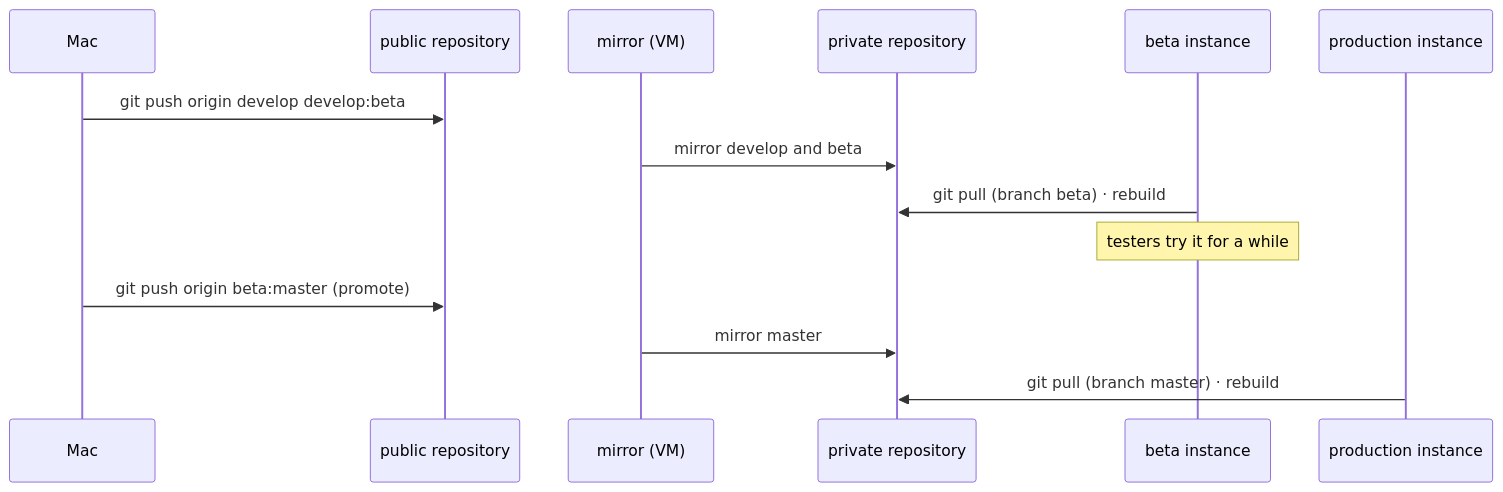
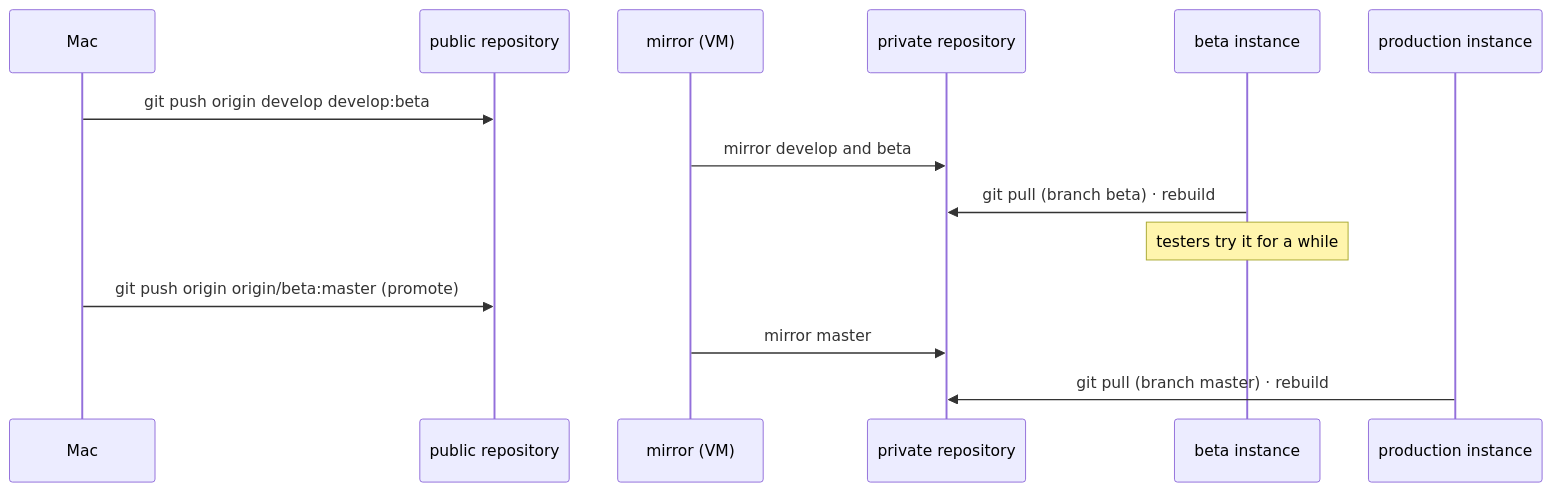
Before and after one commit to akannan2987/nr-nips-crucible: the second of 2 diagrams in docs/14-beta-instance.md, drawn with Mermaid. The commit also changed 7 other files, not shown here.

First line of the commit message:
Promote with origin/beta: the authoring folders have no local beta branch

````diff
--- a/docs/14-beta-instance.md
+++ b/docs/14-beta-instance.md
@@ -118,16 +118,16 @@
 ```mermaid
 sequenceDiagram
     participant Mac
     participant Pub as public repository
     participant Mir as mirror (VM)
     participant Priv as private repository
     participant Beta as beta instance
     participant Prod as production instance
     Mac->>Pub: git push origin develop develop:beta
     Mir->>Priv: mirror develop and beta
     Beta->>Priv: git pull (branch beta) · rebuild
     Note over Beta: testers try it for a while
-    Mac->>Pub: git push origin beta:master   (promote)
+    Mac->>Pub: git push origin origin/beta:master   (promote)
     Mir->>Priv: mirror master
     Prod->>Priv: git pull (branch master) · rebuild
 ```
````
